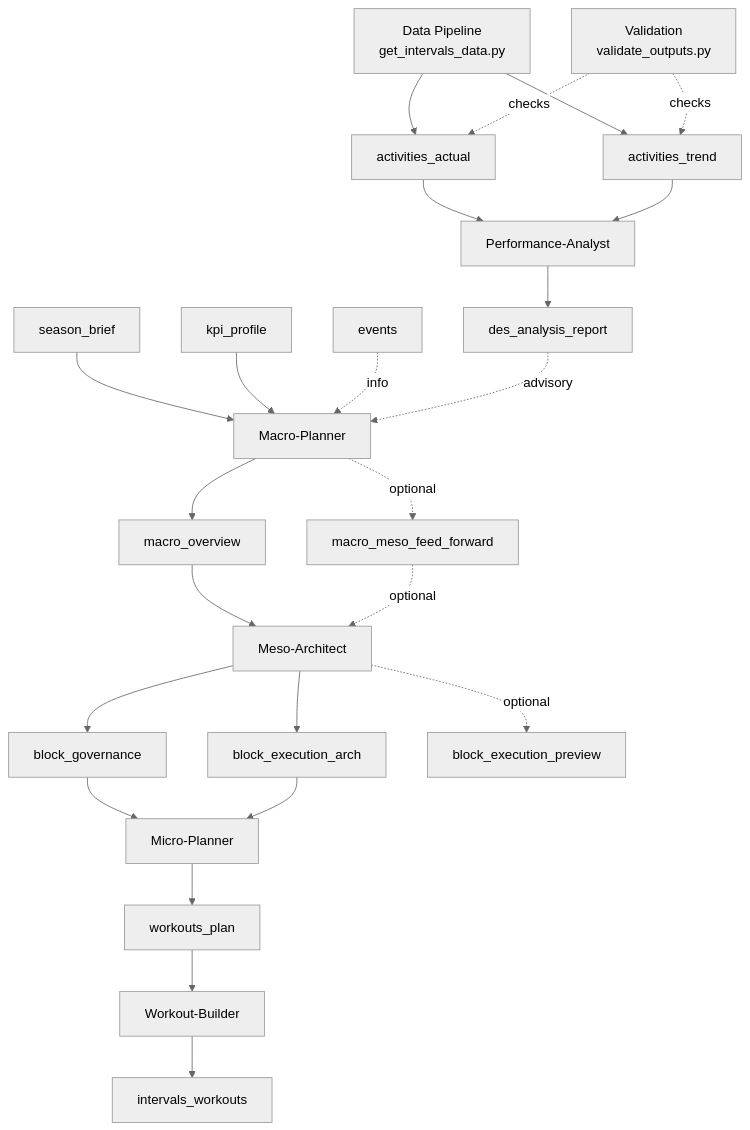
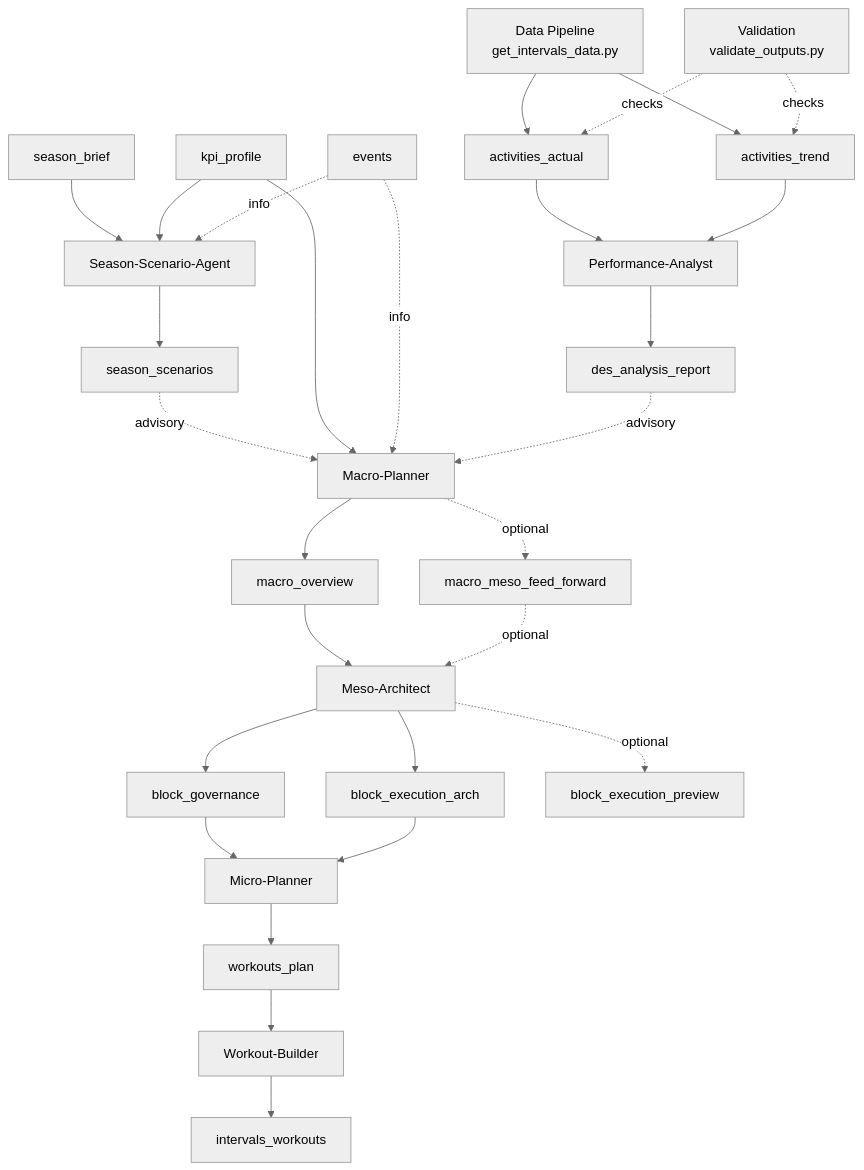
The first of 3 diagrams in doc/system_architecture.md (albauer-priv/RPS), drawn with Mermaid (neutral theme) before and after one commit. The commit also changed other lines of this file and 24 other files, not shown here.

Commit message:
Add season scenario agent and selection flow

````diff
--- a/doc/system_architecture.md
+++ b/doc/system_architecture.md
@@ -30,29 +30,33 @@
 ```mermaid
 flowchart TD
-  SB[season_brief] --> MA[Macro-Planner]
-  KP[kpi_profile] --> MA
-  EV[events] -. info .-> MA
+  SB[season_brief] --> SS[Season-Scenario-Agent]
+  KP[kpi_profile] --> SS
+  SS --> SC[season_scenarios]
+  SC -. advisory .-> MA[Macro-Planner]
+  KP --> MA
+  EV[events] -. info .-> SS
+  EV -. info .-> MA
   MA --> MO[macro_overview]
   MA -. optional .-> MMFF[macro_meso_feed_forward]
 
   MO --> ME[Meso-Architect]
   MMFF -. optional .-> ME
   ME --> BG[block_governance]
   ME --> BEA[block_execution_arch]
   ME -. optional .-> BEP[block_execution_preview]
 
   BG --> MI[Micro-Planner]
   BEA --> MI
   MI --> WP[workouts_plan]
   WP --> WB[Workout-Builder]
   WB --> WJ[intervals_workouts]
 
   DP[Data Pipeline\nget_intervals_data.py] --> AA[activities_actual]
   DP --> AT[activities_trend]
   VA[Validation\nvalidate_outputs.py] -. checks .-> AA
   VA -. checks .-> AT
   AA --> PA[Performance-Analyst]
   AT --> PA
   PA --> DR[des_analysis_report]
   DR -. advisory .-> MA
 ```
````
